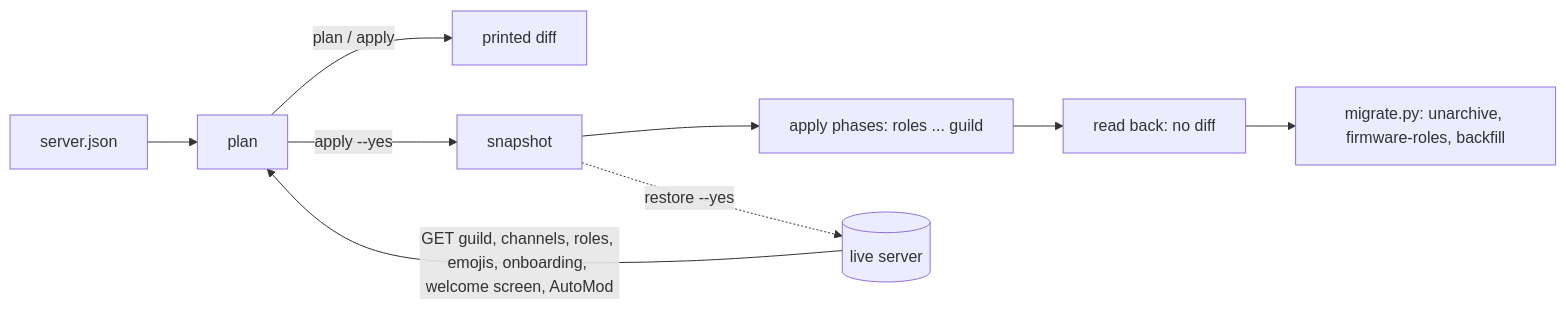
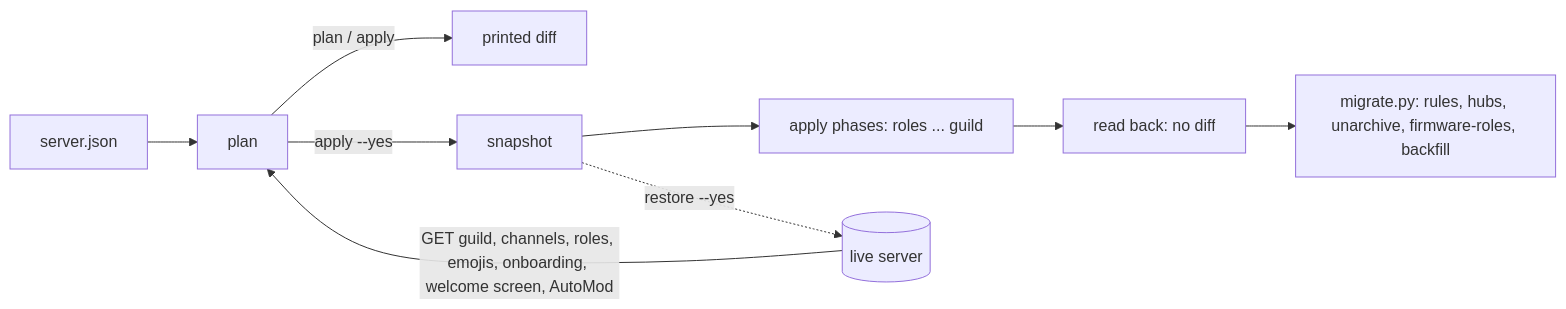
One commit to OpenDrone-hw/discord changed the first of 4 diagrams in README.md. Above: the diagram before and after it, drawn with Mermaid. The commit also changed other lines of this file and 33 other files, not shown here.

````diff
--- a/README.md
+++ b/README.md
@@ -11,9 +11,9 @@
 ```mermaid
 flowchart LR
   J[server.json] --> P[plan]
   L[(live server)] -->|GET guild, channels, roles, emojis, onboarding, welcome screen, AutoMod| P
   P -->|plan / apply| R[printed diff]
   P -->|apply --yes| S[snapshot] --> A[apply phases: roles ... guild] --> B[read back: no diff]
   S -.->|restore --yes| L
-  B --> M[migrate.py: unarchive, firmware-roles, backfill]
+  B --> M[migrate.py: rules, hubs, unarchive, firmware-roles, backfill]
 ```
````
